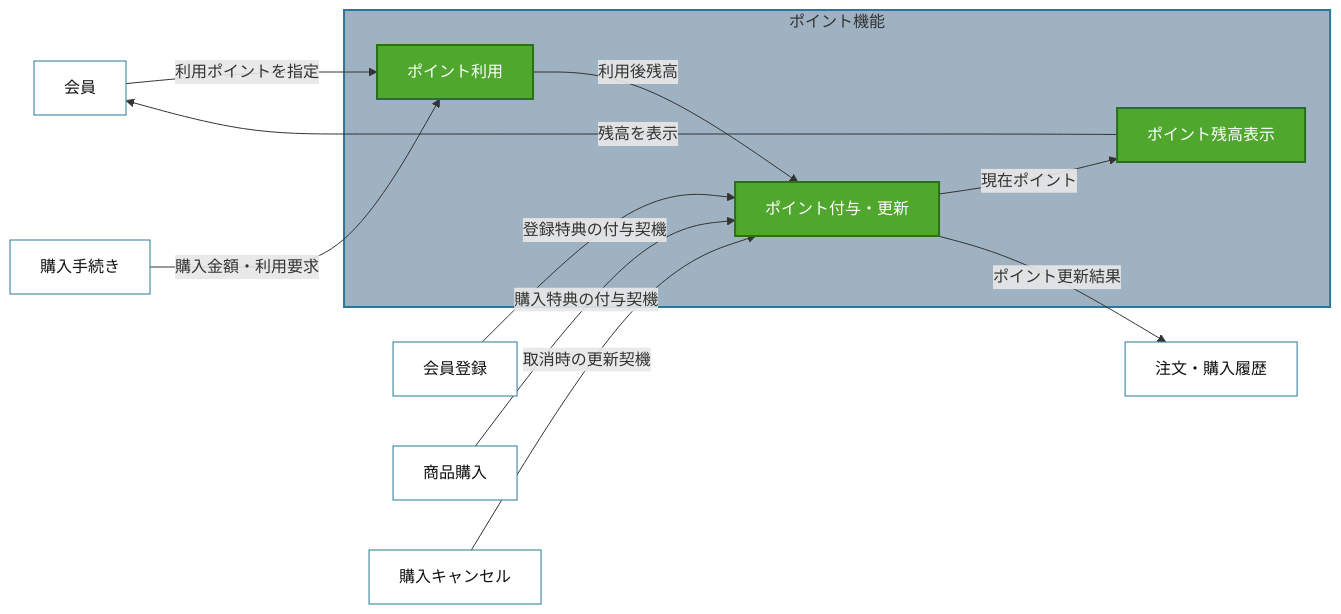
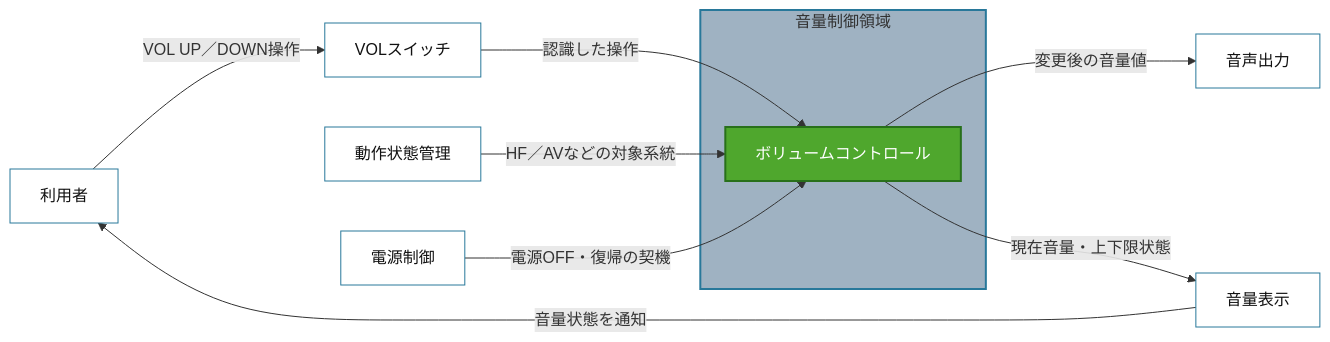
Before and after one commit to yumotsuyo/ymty_method: the first of 2 diagrams in yumotsuyo-test-development/references/target-understanding-model.md, drawn with Mermaid. The commit also changed other lines of this file and 2 other files, not shown here.

Commit message:
Replace business examples with volume control

````diff
--- a/yumotsuyo-test-development/references/target-understanding-model.md
+++ b/yumotsuyo-test-development/references/target-understanding-model.md
@@ -37,31 +37,27 @@
 ```mermaid
 flowchart LR
-    member["会員"]
-    signup["会員登録"]
-    purchase["商品購入"]
-    cancel["購入キャンセル"]
-    checkout["購入手続き"]
-    order["注文・購入履歴"]
+    user["利用者"]
+    volSwitch["VOLスイッチ"]
+    operationState["動作状態管理"]
+    audioOutput["音声出力"]
+    volumeDisplay["音量表示"]
+    powerControl["電源制御"]
 
-    subgraph pointArea["ポイント機能"]
-        use["ポイント利用"]
-        grant["ポイント付与・更新"]
-        balance["ポイント残高表示"]
+    subgraph volumeArea["音量制御領域"]
+        volumeControl["ボリュームコントロール"]
     end
 
-    member -->|"利用ポイントを指定"| use
-    checkout -->|"購入金額・利用要求"| use
-    use -->|"利用後残高"| grant
-    signup -->|"登録特典の付与契機"| grant
-    purchase -->|"購入特典の付与契機"| grant
-    cancel -->|"取消時の更新契機"| grant
-    grant -->|"現在ポイント"| balance
-    balance -->|"残高を表示"| member
-    grant -->|"ポイント更新結果"| order
+    user -->|"VOL UP／DOWN操作"| volSwitch
+    volSwitch -->|"認識した操作"| volumeControl
+    operationState -->|"HF／AVなどの対象系統"| volumeControl
+    volumeControl -->|"変更後の音量値"| audioOutput
+    volumeControl -->|"現在音量・上下限状態"| volumeDisplay
+    volumeDisplay -->|"音量状態を通知"| user
+    powerControl -->|"電源OFF・復帰の契機"| volumeControl
 
     classDef target fill:#4fa72d,color:#fff,stroke:#28701a,stroke-width:2px;
     classDef related fill:#fff,color:#111,stroke:#28789a;
-    class use,grant,balance target;
-    class member,signup,purchase,cancel,checkout,order related;
-    style pointArea fill:#9fb2c2,stroke:#28789a,stroke-width:2px
+    class volumeControl target;
+    class user,volSwitch,operationState,audioOutput,volumeDisplay,powerControl related;
+    style volumeArea fill:#9fb2c2,stroke:#28789a,stroke-width:2px
 ```
````
